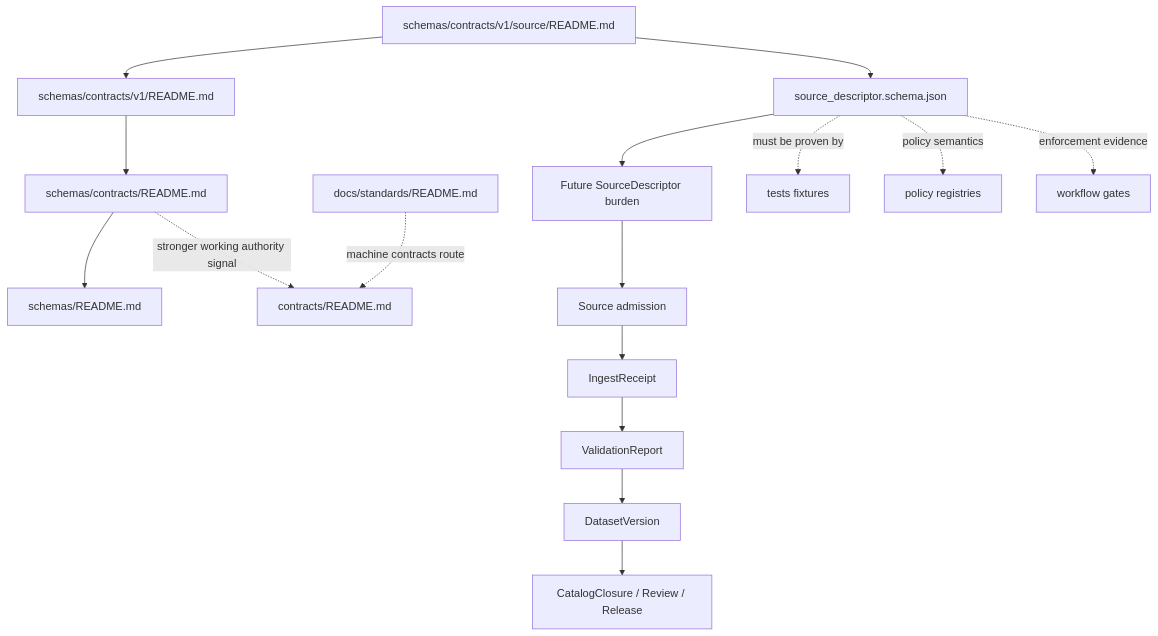
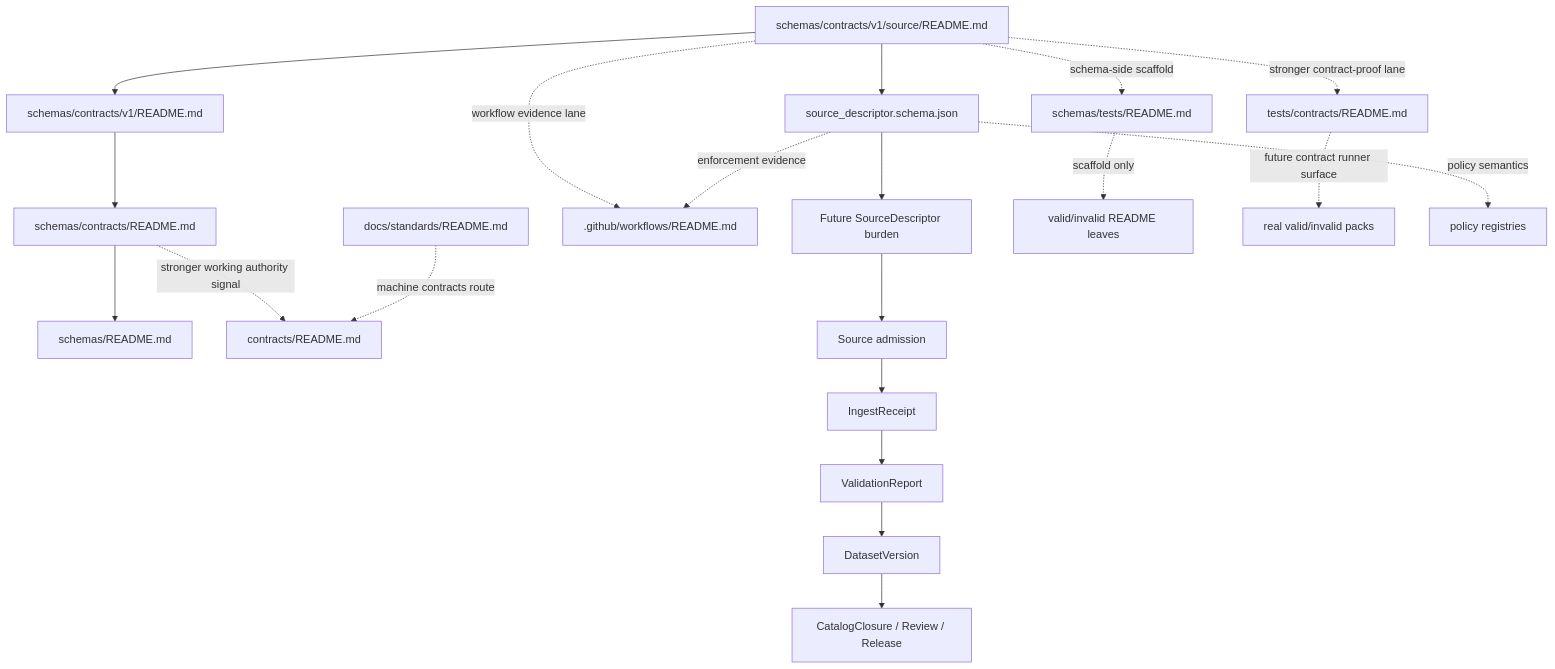
Before and after one commit to bartytime4life/Kansas-Frontier-Matrix: the diagram in schemas/contracts/v1/source/README.md, drawn with Mermaid. The commit also changed other lines of this file, not shown here.

````diff
--- a/schemas/contracts/v1/source/README.md
+++ b/schemas/contracts/v1/source/README.md
@@ -224,21 +305,26 @@
 ```mermaid
 flowchart TD
     A[schemas/contracts/v1/source/README.md] --> B[source_descriptor.schema.json]
     A --> C[schemas/contracts/v1/README.md]
     C --> D[schemas/contracts/README.md]
     D --> E[schemas/README.md]
 
     D -. stronger working authority signal .-> F[contracts/README.md]
     G[docs/standards/README.md] -. machine contracts route .-> F
 
-    B --> H[Future SourceDescriptor burden]
-    H --> I[Source admission]
-    I --> J[IngestReceipt]
-    J --> K[ValidationReport]
-    K --> L[DatasetVersion]
-    L --> M[CatalogClosure / Review / Release]
+    A -. schema-side scaffold .-> H[schemas/tests/README.md]
+    A -. stronger contract-proof lane .-> I[tests/contracts/README.md]
+    A -. workflow evidence lane .-> J[.github/workflows/README.md]
 
-    B -. must be proven by .-> N[tests fixtures]
-    B -. policy semantics .-> O[policy registries]
-    B -. enforcement evidence .-> P[workflow gates]
+    B --> K[Future SourceDescriptor burden]
+    K --> L[Source admission]
+    L --> M[IngestReceipt]
+    M --> N[ValidationReport]
+    N --> O[DatasetVersion]
+    O --> P[CatalogClosure / Review / Release]
+
+    H -. scaffold only .-> Q[valid/invalid README leaves]
+    I -. future contract runner surface .-> R[real valid/invalid packs]
+    B -. policy semantics .-> S[policy registries]
+    B -. enforcement evidence .-> J
 ```
````
